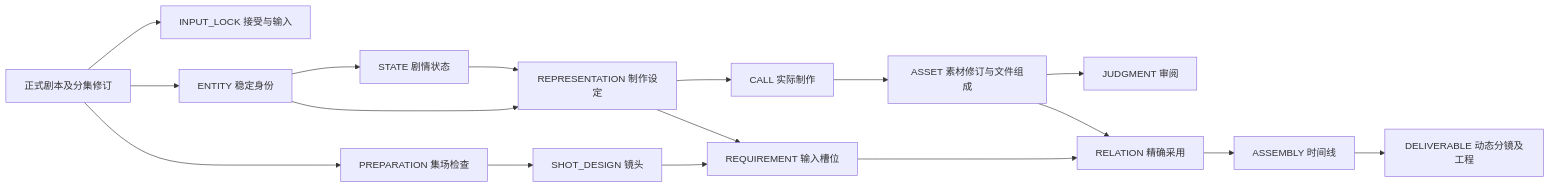
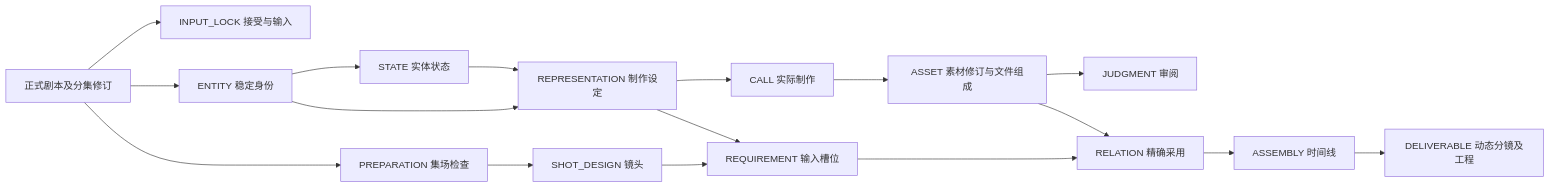
Before and after one commit to goosmanlei/story-review-desk: the diagram in docs/production.md, drawn with Mermaid. The commit also changed other lines of this file and 4 other files, not shown here.

````diff
--- a/docs/production.md
+++ b/docs/production.md
@@ -39,19 +39,19 @@
 ```mermaid
 flowchart LR
   Script[正式剧本及分集修订] --> Lock[INPUT_LOCK 接受与输入]
   Script --> Scene[PREPARATION 集场检查]
   Script --> E[ENTITY 稳定身份]
-  E --> S[STATE 剧情状态]
+  E --> S[STATE 实体状态]
   E --> R[REPRESENTATION 制作设定]
   S --> R
   Scene --> Shot[SHOT_DESIGN 镜头]
   Shot --> Need[REQUIREMENT 输入槽位]
   R --> Need
   R --> Call[CALL 实际制作]
   Call --> A[ASSET 素材修订与文件组成]
   A --> J[JUDGMENT 审阅]
   Need --> Use[RELATION 精确采用]
   A --> Use
   Use --> Assembly[ASSEMBLY 时间线]
   Assembly --> Out[DELIVERABLE 动态分镜及工程]
 ```
````
